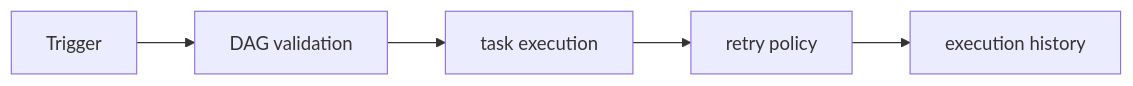
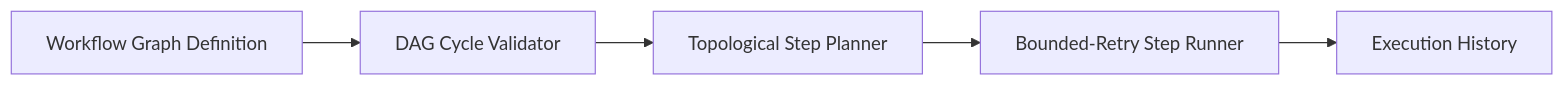
The diagram in README.md (sohail-sharif-official/workflow-automation-builder), drawn with Mermaid before and after one commit. The commit also changed other lines of this file and 4 other files, not shown here.

Commit message:
Update architecture documentation, mermaid diagrams, and verification guide

````diff
--- a/README.md
+++ b/README.md
@@ -17,8 +10,7 @@
 ```mermaid
 flowchart LR
-  n0["Trigger"] --> n1
-  n1["DAG validation"] --> n2
-  n2["task execution"] --> n3
-  n3["retry policy"] --> n4
-  n4["execution history"]
+  Def["Workflow Graph Definition"] --> Cycle["DAG Cycle Validator"]
+  Cycle --> Topo["Topological Step Planner"]
+  Topo --> Runner["Bounded-Retry Step Runner"]
+  Runner --> Trace["Execution History"]
 ```
````
